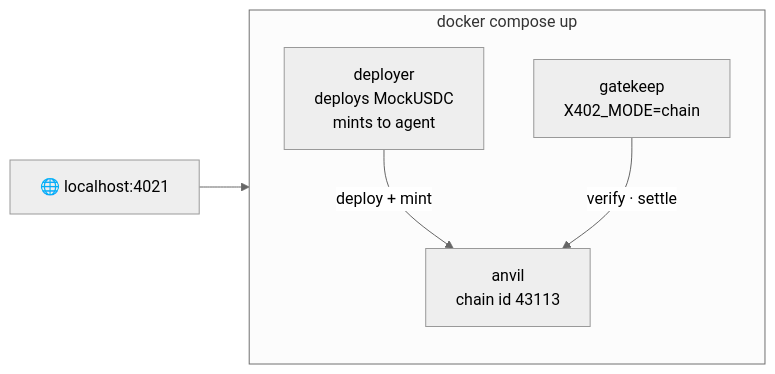
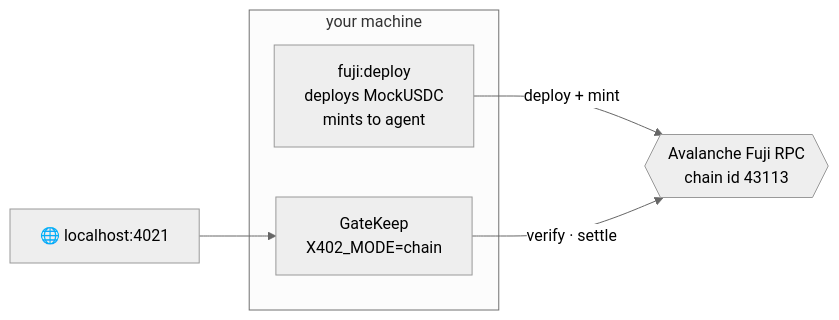
Before and after one commit to anukulpandey/x402-payment-gate: the fourth of 5 diagrams in docs/ARCHITECTURE.md, drawn with Mermaid (neutral theme). The commit also changed other lines of this file and 14 other files, not shown here.

First line of the commit message:
Remove local Anvil / docker-compose setup; chain mode is Fuji-first

````diff
--- a/docs/ARCHITECTURE.md
+++ b/docs/ARCHITECTURE.md
@@ -249,12 +250,10 @@
 ```mermaid
 flowchart LR
-    subgraph dock["docker compose up"]
-        direction TB
-        AN["anvil<br/>chain id 43113"]
-        DEP["deployer<br/>deploys MockUSDC<br/>mints to agent"]
-        GKC["gatekeep<br/>X402_MODE=chain"]
-        DEP -->|"deploy + mint"| AN
-        GKC -->|"verify · settle"| AN
+    subgraph local["your machine"]
+        GK["GateKeep<br/>X402_MODE=chain"]
+        DEP["fuji:deploy<br/>deploys MockUSDC<br/>mints to agent"]
     end
-    BROWSER["🌐 localhost:4021"] --> GKC
+    BROWSER["🌐 localhost:4021"] --> GK
+    DEP -->|"deploy + mint"| FUJI
+    GK -->|"verify · settle"| FUJI{{"Avalanche Fuji RPC<br/>chain id 43113"}}
 ```
````
